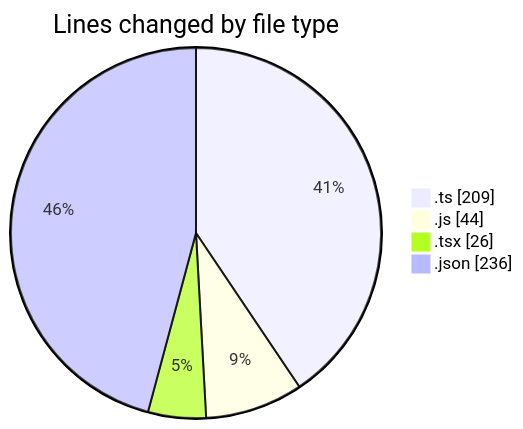
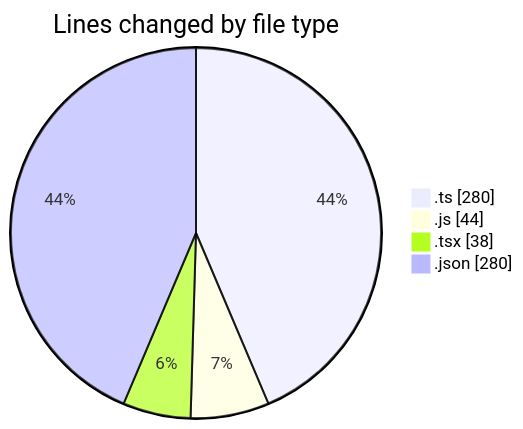
Before and after one commit to momahboobian/code-tracking: the first of 2 diagrams in 2026-08-03/cda/README.md, drawn with Mermaid. The commit also changed other lines of this file and 1 other file, not shown here.

````diff
--- a/2026-08-03/cda/README.md
+++ b/2026-08-03/cda/README.md
@@ -28,8 +29,8 @@
 ```mermaid
 pie showData
 title Lines changed by file type
-".ts" : 209
+".ts" : 280
 ".js" : 44
-".tsx" : 26
-".json" : 236
+".tsx" : 38
+".json" : 280
 ```
````
